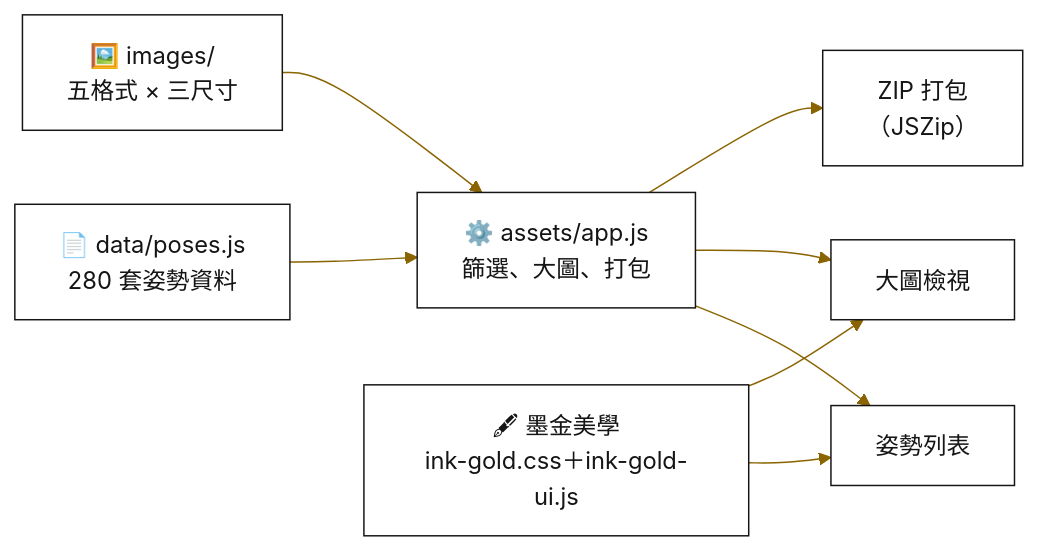
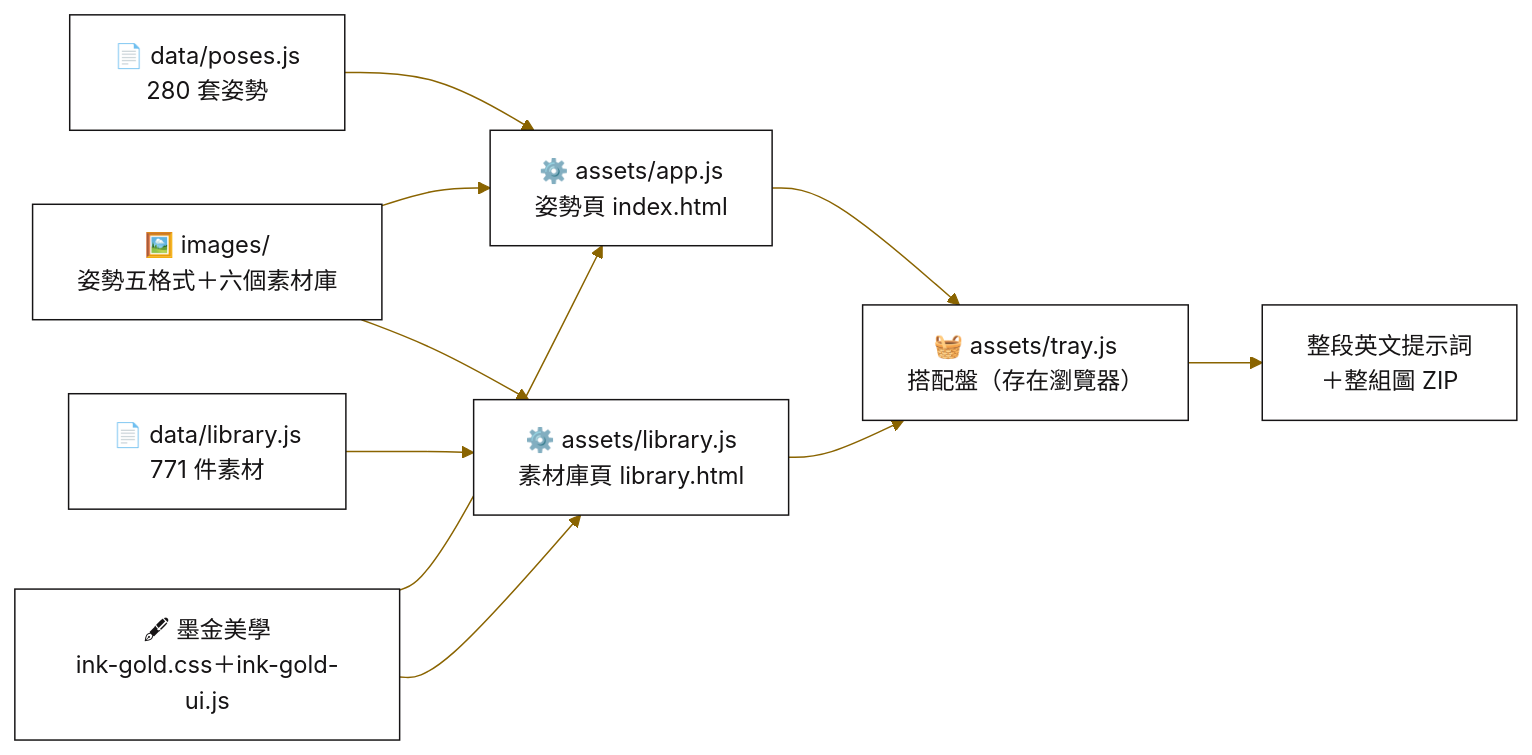
The second of 2 diagrams in README.md (nanhong-byte/pumpkin-poses), drawn with Mermaid before and after one commit. The commit also changed other lines of this file and 8366 other files, not shown here.

First line of the commit message:
素材庫 v1.1：六個庫 771 件素材＋搭配盤

````diff
--- a/README.md
+++ b/README.md
@@ -295,11 +395,13 @@
 ```mermaid
 %%{init: {'theme':'base','themeVariables':{'fontFamily':'PingFang TC, Microsoft JhengHei, Noto Sans TC, sans-serif','primaryColor':'#FFFFFF','primaryTextColor':'#161415','primaryBorderColor':'#161415','lineColor':'#8A6400','secondaryColor':'#FDE68A','tertiaryColor':'#F5F5F5','clusterBkg':'#F5F5F5','clusterBorder':'#D9D9D9','edgeLabelBackground':'#F5F5F5'}}}%%
 flowchart LR
-  D["📄 data/poses.js<br/>280 套姿勢資料"] --> A["⚙️ assets/app.js<br/>篩選、大圖、打包"]
-  I["🖼️ images/<br/>五格式 × 三尺寸"] --> A
-  A --> G["姿勢列表"]
-  A --> L["大圖檢視"]
-  A --> Z["ZIP 打包<br/>（JSZip）"]
-  S["🖋 墨金美學<br/>ink-gold.css＋ink-gold-ui.js"] --> G
-  S --> L
+  D["📄 data/poses.js<br/>280 套姿勢"] --> A["⚙️ assets/app.js<br/>姿勢頁 index.html"]
+  LD["📄 data/library.js<br/>771 件素材"] --> B["⚙️ assets/library.js<br/>素材庫頁 library.html"]
+  I["🖼️ images/<br/>姿勢五格式＋六個素材庫"] --> A
+  I --> B
+  A --> T["🧺 assets/tray.js<br/>搭配盤（存在瀏覽器）"]
+  B --> T
+  T --> P["整段英文提示詞<br/>＋整組圖 ZIP"]
+  S["🖋 墨金美學<br/>ink-gold.css＋ink-gold-ui.js"] --> A
+  S --> B
 ```
````
